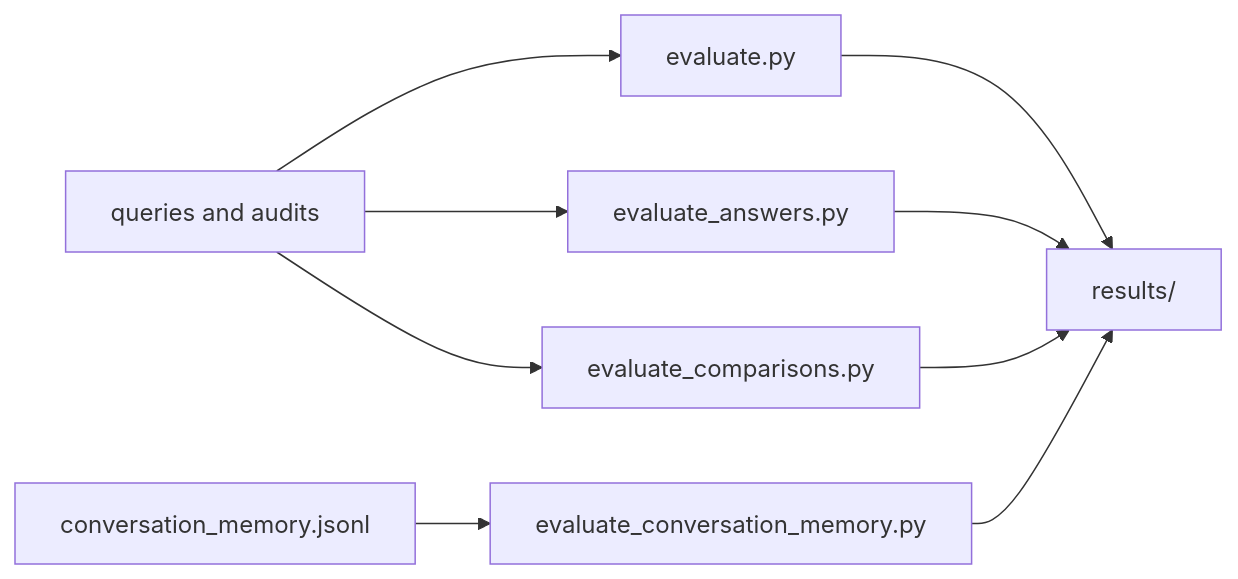
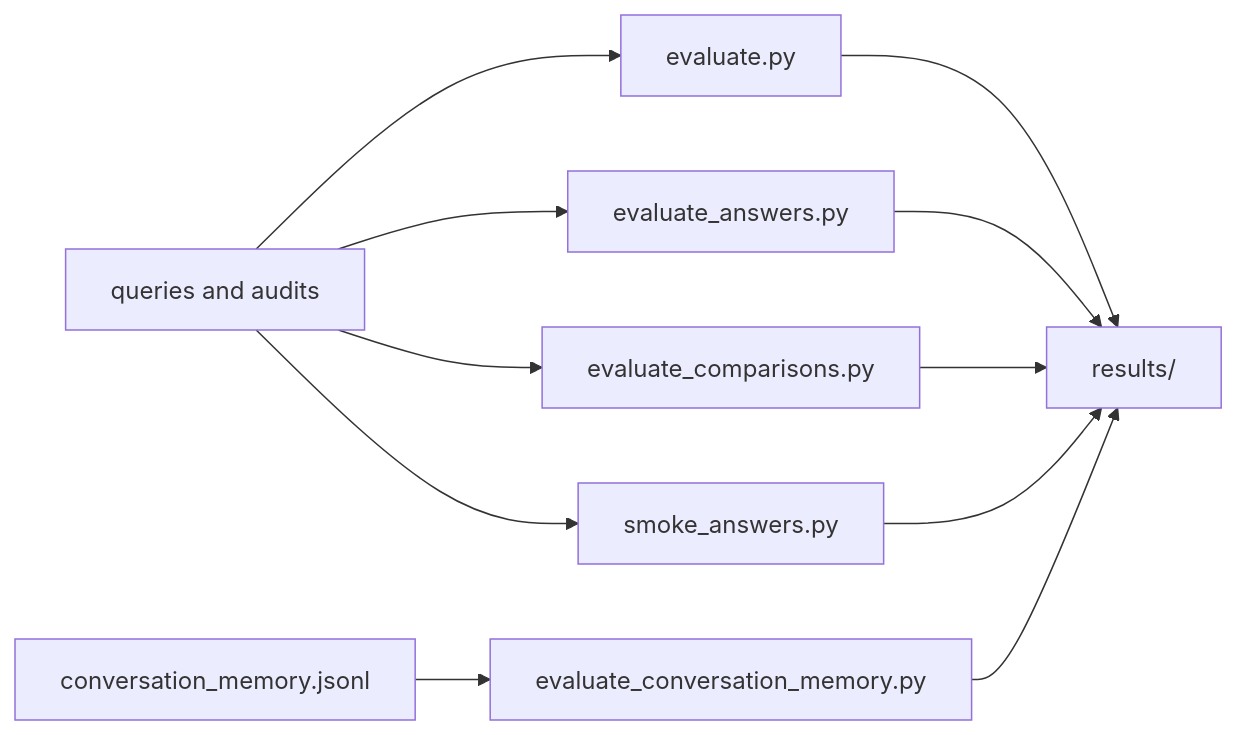
One commit to nikolabakic/Banking-Technology-and-Operational-Risk-Intelligence-Assistant changed the diagram in data/evaluation/README.md. Above: the diagram before and after it, drawn with Mermaid. The commit also changed other lines of this file and 34 other files, not shown here.

````diff
--- a/data/evaluation/README.md
+++ b/data/evaluation/README.md
@@ -14,11 +14,13 @@
 ```mermaid
 flowchart LR
     Contracts[queries and audits] --> Retrieval[evaluate.py]
     Contracts --> Answers[evaluate_answers.py]
     Memory[conversation_memory.jsonl] --> Conversation[evaluate_conversation_memory.py]
     Contracts --> Compare[evaluate_comparisons.py]
     Retrieval --> Results[results/]
     Answers --> Results
     Conversation --> Results
     Compare --> Results
+    Contracts --> Smoke[smoke_answers.py]
+    Smoke --> Results
 ```
````
